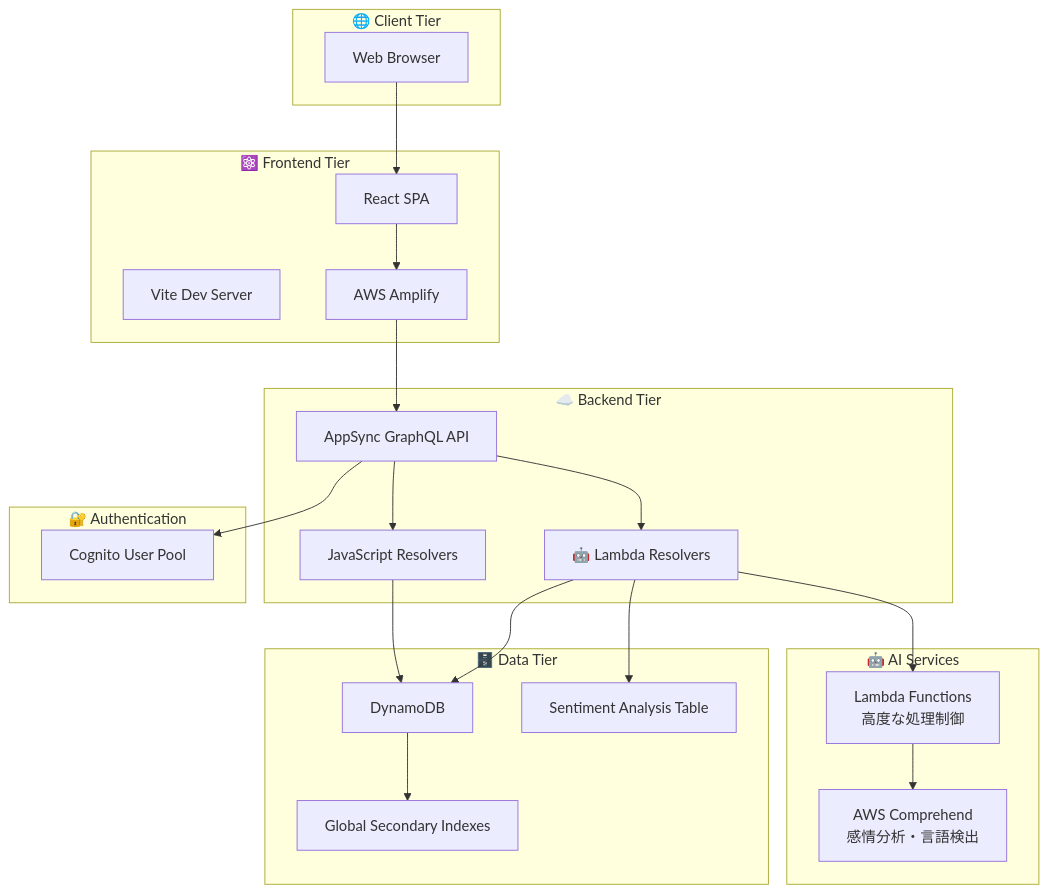
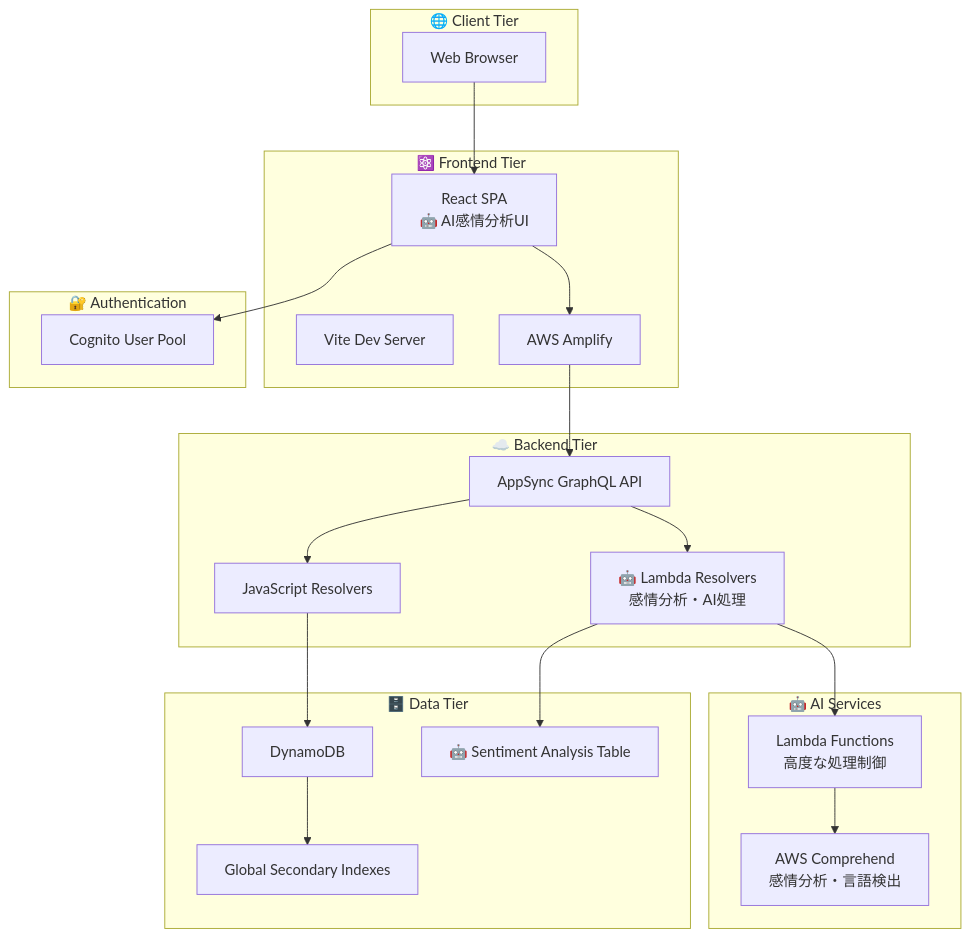
Before and after one commit to keitti73/chat_app_by_ai: the first of 2 diagrams in README.md, drawn with Mermaid. The commit also changed other lines of this file and 12 other files, not shown here.

First line of the commit message:
feat: Integrate AI sentiment analysis functionality into chat application

````diff
--- a/README.md
+++ b/README.md
@@ -164,46 +186,45 @@
 ```mermaid
 flowchart TB
     subgraph Client["🌐 Client Tier"]
         Browser["Web Browser"]
     end
     
     subgraph Frontend["⚛️ Frontend Tier"]
-        React["React SPA"]
+        React["React SPA<br/>🤖 AI感情分析UI"]
         Vite["Vite Dev Server"]
         Amplify["AWS Amplify"]
     end
     
     subgraph Backend["☁️ Backend Tier"]
         AppSync["AppSync GraphQL API"]
         JSResolvers["JavaScript Resolvers"]
-        LambdaResolvers["🤖 Lambda Resolvers"]
+        LambdaResolvers["🤖 Lambda Resolvers<br/>感情分析・AI処理"]
     end
     
     subgraph AIServices["🤖 AI Services"]
         Comprehend["AWS Comprehend<br/>感情分析・言語検出"]
         Lambda["Lambda Functions<br/>高度な処理制御"]
     end
     
     subgraph Auth["🔐 Authentication"]
         Cognito["Cognito User Pool"]
     end
     
     subgraph Data["🗄️ Data Tier"]
         DynamoDB["DynamoDB"]
         GSI["Global Secondary Indexes"]
-        SentimentTable["Sentiment Analysis Table"]
+        SentimentTable["🤖 Sentiment Analysis Table"]
     end
     
     Browser --> React
     React --> Amplify
     Amplify --> AppSync
-    AppSync --> Cognito
     AppSync --> JSResolvers
     AppSync --> LambdaResolvers
     LambdaResolvers --> Lambda
     Lambda --> Comprehend
+    React --> Cognito
     JSResolvers --> DynamoDB
-    LambdaResolvers --> DynamoDB
     LambdaResolvers --> SentimentTable
     DynamoDB --> GSI
 ```
````
